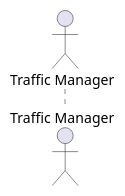
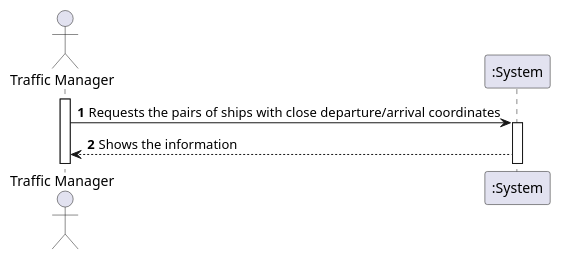
One commit to 0franciscor/lapr3-2021-g042 changed the diagram in docs/US107/US107_SSD.puml. Above: the diagram before and after it, drawn with PlantUML. The commit also changed 1 other file, not shown here.

```diff
--- a/docs/US107/US107_SSD.puml
+++ b/docs/US107/US107_SSD.puml
@@ -1,8 +1,12 @@
 @startuml
 'https://plantuml.com/sequence-diagram
 
 autonumber
-actor "Traffic Manager" as TP
+actor "Traffic Manager" as TM
 
+activate TM
+TM -> ":System" : Requests the pairs of ships with close departure/arrival coordinates
+activate ":System"
+":System" --> TM : Shows the information
 
 @enduml
```
